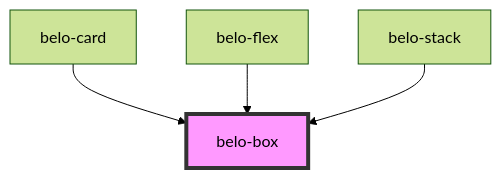
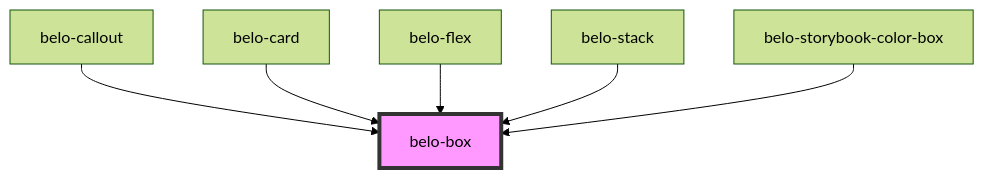
One commit to KonstantinBelenko/Belo changed the diagram in src/components/belo-box/readme.md. Above: the diagram before and after it, drawn with Mermaid (forest theme). The commit also changed other lines of this file and 14 other files, not shown here.

````diff
--- a/src/components/belo-box/readme.md
+++ b/src/components/belo-box/readme.md
@@ -41,7 +55,9 @@
 ```mermaid
 graph TD;
+  belo-callout --> belo-box
   belo-card --> belo-box
   belo-flex --> belo-box
   belo-stack --> belo-box
+  belo-storybook-color-box --> belo-box
   style belo-box fill:#f9f,stroke:#333,stroke-width:4px
 ```
````
